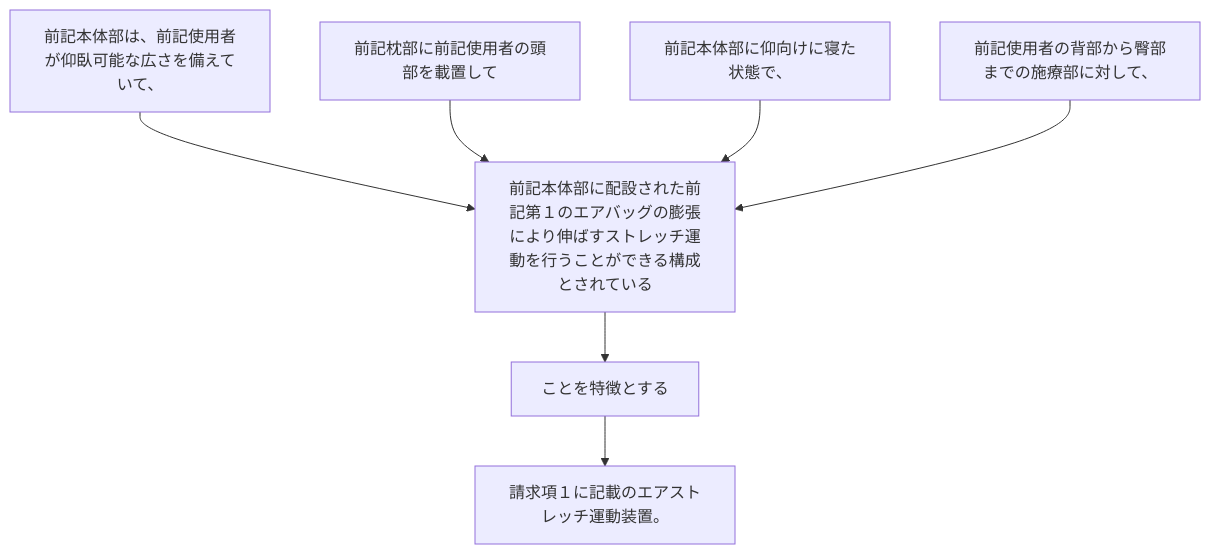
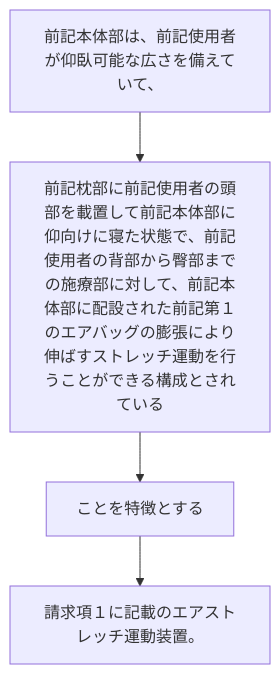
One commit to shinmori55/patent_analyzed changed the diagram in 2024/JP2024021337A/claim_10/README.md. Above: the diagram before and after it, drawn with Mermaid. The commit also changed 336 other files, not shown here.

````diff
--- a/2024/JP2024021337A/claim_10/README.md
+++ b/2024/JP2024021337A/claim_10/README.md
@@ -4,16 +4,10 @@
 ```mermaid
 flowchart TD
 A[前記本体部は、前記使用者が仰臥可能な広さを備えていて、]
-B[前記枕部に前記使用者の頭部を載置して]
-C[前記本体部に仰向けに寝た状態で、]
-D[前記使用者の背部から臀部までの施療部に対して、]
-E[前記本体部に配設された前記第１のエアバッグの膨張により伸ばすストレッチ運動を行うことができる構成とされている]
-F[ことを特徴とする]
-G[請求項１に記載のエアストレッチ運動装置。]
-A --> E
-B --> E
-C --> E
-D --> E
-E --> F
-F --> G
+B[前記枕部に前記使用者の頭部を載置して前記本体部に仰向けに寝た状態で、前記使用者の背部から臀部までの施療部に対して、前記本体部に配設された前記第１のエアバッグの膨張により伸ばすストレッチ運動を行うことができる構成とされている]
+C[ことを特徴とする]
+D[請求項１に記載のエアストレッチ運動装置。]
+A --> B
+B --> C
+C --> D
 ```
````
